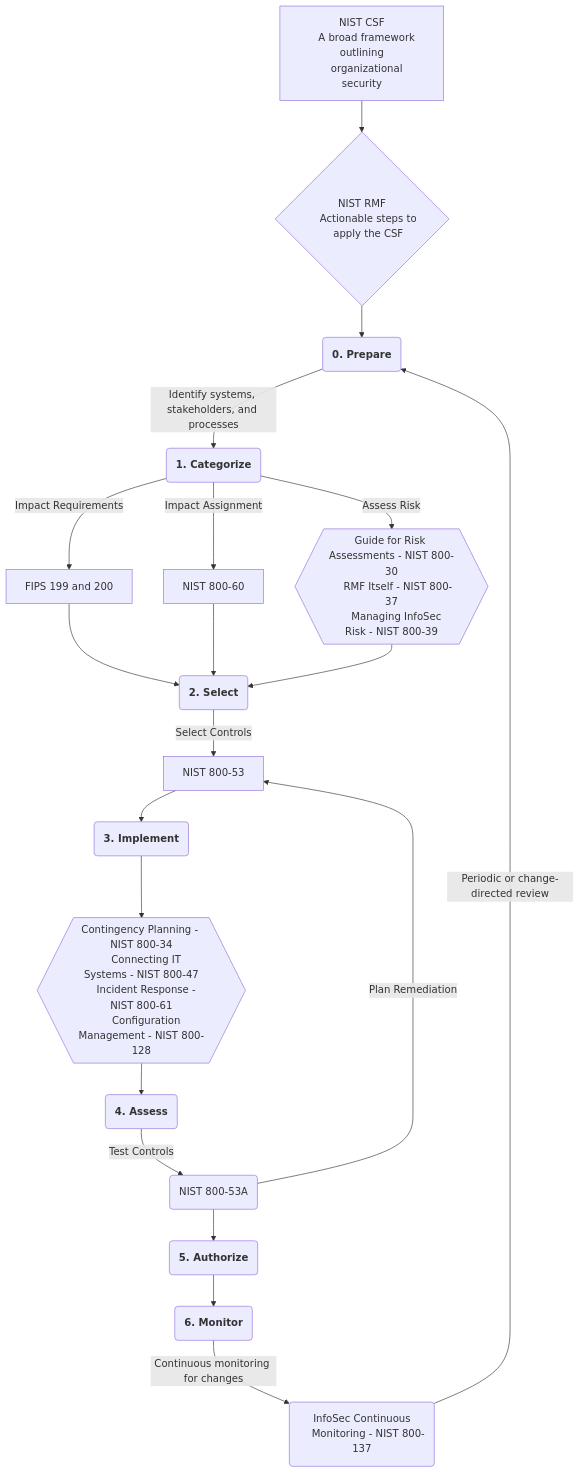
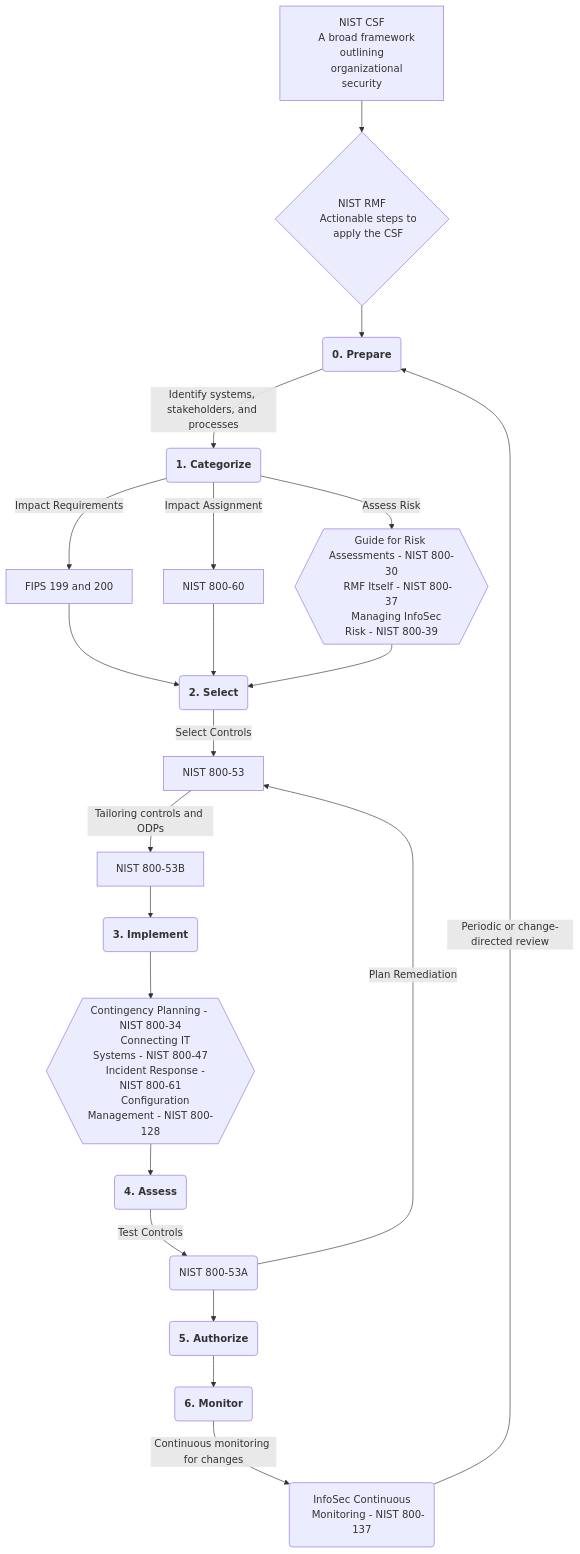
One commit to WiseGuru/MaxwellCTI changed the diagram in src/site/notes/Security Frameworks/NIST/NIST Frameworks and SPs Overview.md. Above: the diagram before and after it, drawn with Mermaid.

Commit message:
Update content src/site/notes/Security Frameworks/NIST/NIST Frameworks and SPs Overview.md

````diff
--- a/src/site/notes/Security Frameworks/NIST/NIST Frameworks and SPs Overview.md
+++ b/src/site/notes/Security Frameworks/NIST/NIST Frameworks and SPs Overview.md
@@ -12,36 +12,37 @@
 ```mermaid
 flowchart TD
     A["NIST CSF
     A broad framework outlining
     organizational security"] --> B{"NIST RMF
     Actionable steps to
     apply the CSF"}
   
     B --> Z("`**0. Prepare**`")
   
     Z --> |Identify systems, stakeholders, and processes| C("`**1. Categorize**`")
     C --> |Impact Requirements| D[FIPS 199 and 200]
     C --> |Impact Assignment| E[NIST 800-60]
     C --> |Assess Risk| P{{"Guide for Risk Assessments - NIST 800-30
     RMF Itself - NIST 800-37
     Managing InfoSec Risk - NIST 800-39"}}
   
     D & E & P --> F("`**2. Select**`")
     F --> |Select Controls| G[NIST 800-53]
+    G --> |Tailoring controls and ODPs| S[NIST 800-53B]
   
-    G --> H("`**3. Implement**`")
+    S --> H("`**3. Implement**`")
     H --> I{{"Contingency Planning - NIST 800-34
     Connecting IT Systems - NIST 800-47
     Incident Response - NIST 800-61
     Configuration Management - NIST 800-128"}}
   
     I --> M("`**4. Assess**`")
     M --> |Test Controls| R("NIST 800-53A")
     R --> |Plan Remediation| G
  
     R --> N("`**5. Authorize**`")
     N --> O("`**6. Monitor**`")
     O --> |Continuous monitoring for changes| Q("InfoSec Continuous
     Monitoring - NIST 800-137")
     Q --> |Periodic or change-directed review| Z
 ```
````
